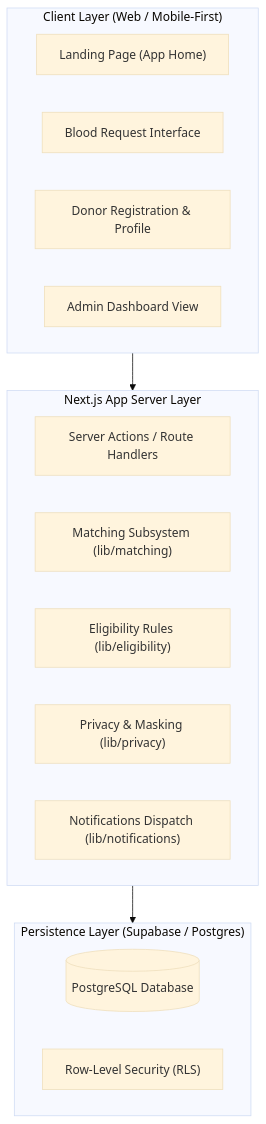
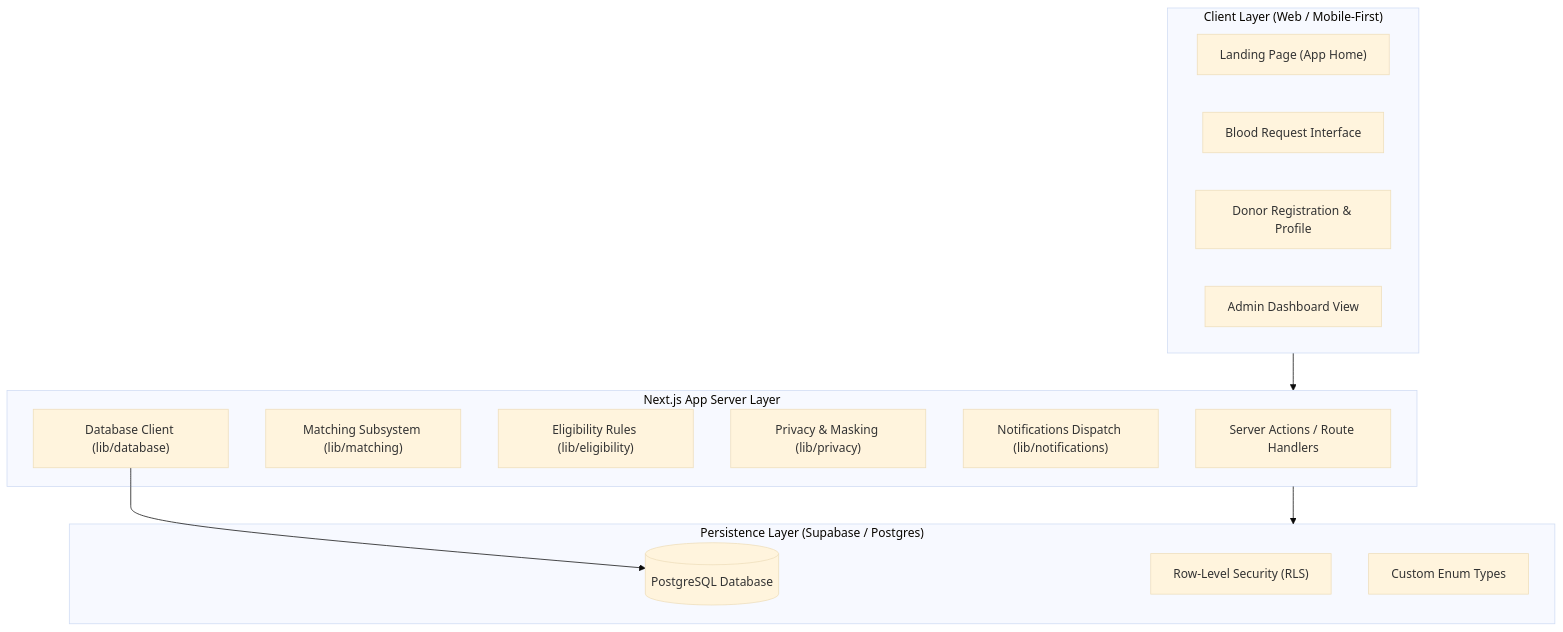
One commit to rohanmgeorgeo/hemo-match changed the diagram in docs/ARCHITECTURE.md. Above: the diagram before and after it, drawn with Mermaid (base theme). The commit also changed other lines of this file and 7 other files, not shown here.

````diff
--- a/docs/ARCHITECTURE.md
+++ b/docs/ARCHITECTURE.md
@@ -13,25 +13,28 @@
 ```mermaid
 flowchart TD
     subgraph Client ["Client Layer (Web / Mobile-First)"]
         Landing["Landing Page (App Home)"]
         RequestFlow["Blood Request Interface"]
         DonorFlow["Donor Registration & Profile"]
         AdminView["Admin Dashboard View"]
     end
 
     subgraph NextServer ["Next.js App Server Layer"]
         ServerActions["Server Actions / Route Handlers"]
         MatchingEngine["Matching Subsystem (lib/matching)"]
         EligibilityEngine["Eligibility Rules (lib/eligibility)"]
         PrivacyEngine["Privacy & Masking (lib/privacy)"]
         NotificationEngine["Notifications Dispatch (lib/notifications)"]
+        DbClient["Database Client (lib/database)"]
     end
 
     subgraph Persistence ["Persistence Layer (Supabase / Postgres)"]
         DB[(PostgreSQL Database)]
         RLS["Row-Level Security (RLS)"]
+        Enums["Custom Enum Types"]
     end
 
     Client --> NextServer
     NextServer --> Persistence
+    DbClient --> DB
 ```
````
